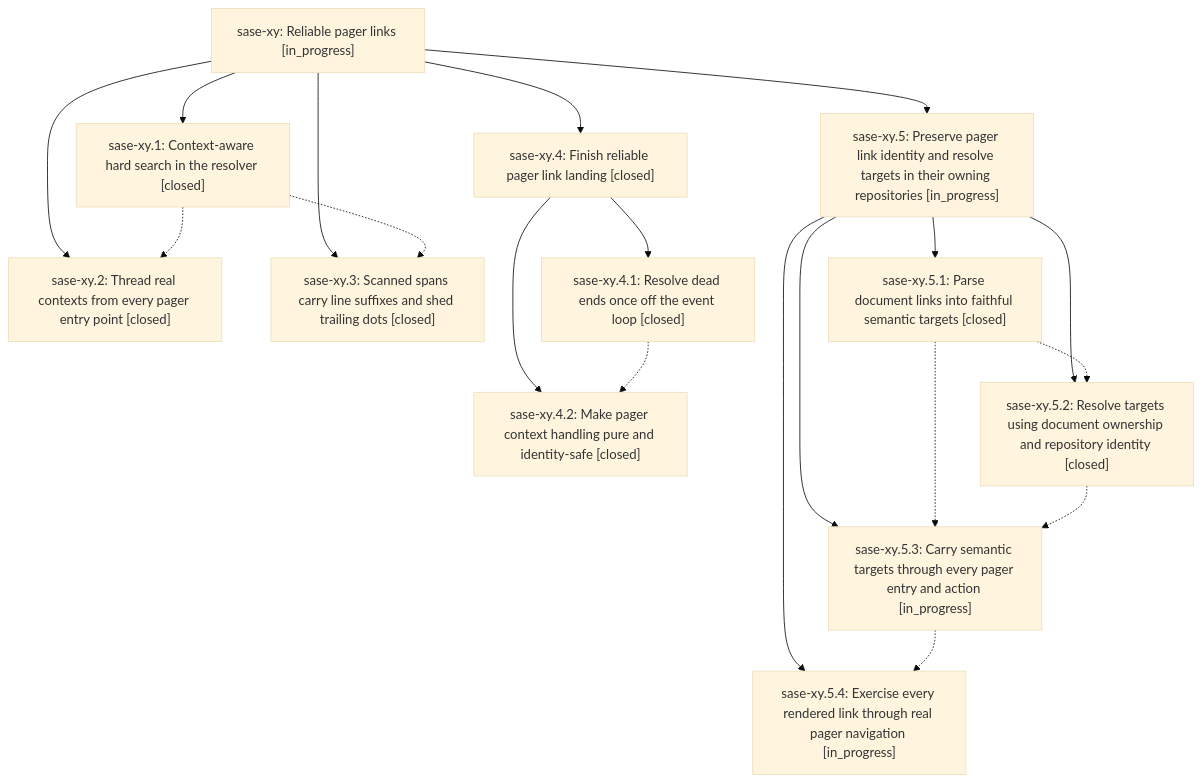
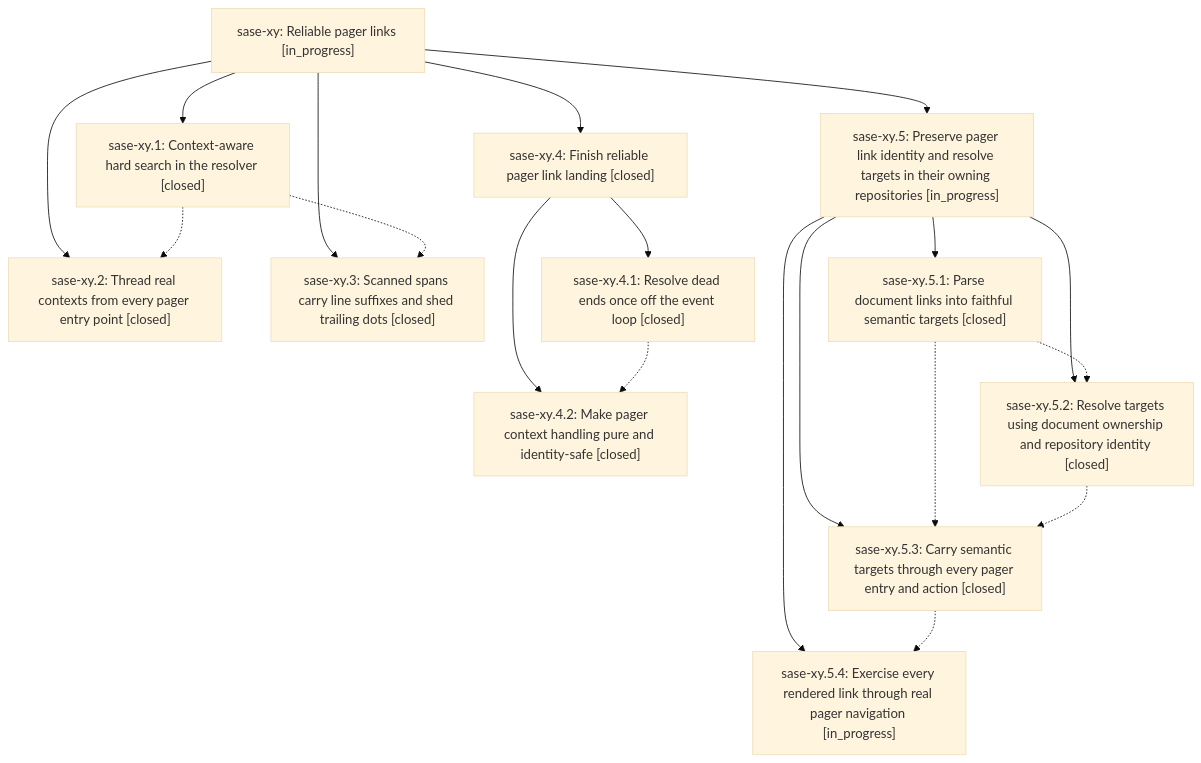
Before and after one commit to sase-org/sase--beads: the diagram in pages/sase-xy/README.md, drawn with Mermaid (base theme). The commit also changed other lines of this file and 4 other files, not shown here.

````diff
--- a/pages/sase-xy/README.md
+++ b/pages/sase-xy/README.md
@@ -42,33 +42,33 @@
 ```mermaid
 flowchart TD
     n0["sase-xy: Reliable pager links [in_progress]"]
     n1["sase-xy.1: Context-aware hard search in the resolver [closed]"]
     n2["sase-xy.2: Thread real contexts from every pager entry point [closed]"]
     n3["sase-xy.3: Scanned spans carry line suffixes and shed trailing dots [closed]"]
     n4["sase-xy.4: Finish reliable pager link landing [closed]"]
     n5["sase-xy.4.1: Resolve dead ends once off the event loop [closed]"]
     n6["sase-xy.4.2: Make pager context handling pure and identity-safe [closed]"]
     n7["sase-xy.5: Preserve pager link identity and resolve targets in their owning repositories [in_progress]"]
     n8["sase-xy.5.1: Parse document links into faithful semantic targets [closed]"]
     n9["sase-xy.5.2: Resolve targets using document ownership and repository identity [closed]"]
-    n10["sase-xy.5.3: Carry semantic targets through every pager entry and action [in_progress]"]
+    n10["sase-xy.5.3: Carry semantic targets through every pager entry and action [closed]"]
     n11["sase-xy.5.4: Exercise every rendered link through real pager navigation [in_progress]"]
     n0 --> n1
     n0 --> n2
     n0 --> n3
     n0 --> n4
     n4 --> n5
     n4 --> n6
     n0 --> n7
     n7 --> n8
     n7 --> n9
     n7 --> n10
     n7 --> n11
     n1 -.-> n2
     n1 -.-> n3
     n5 -.-> n6
     n8 -.-> n9
     n8 -.-> n10
     n9 -.-> n10
     n10 -.-> n11
 ```
````
